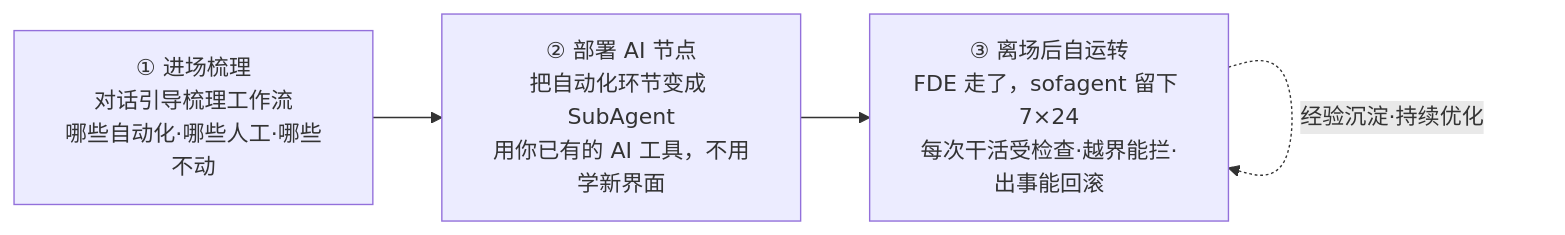
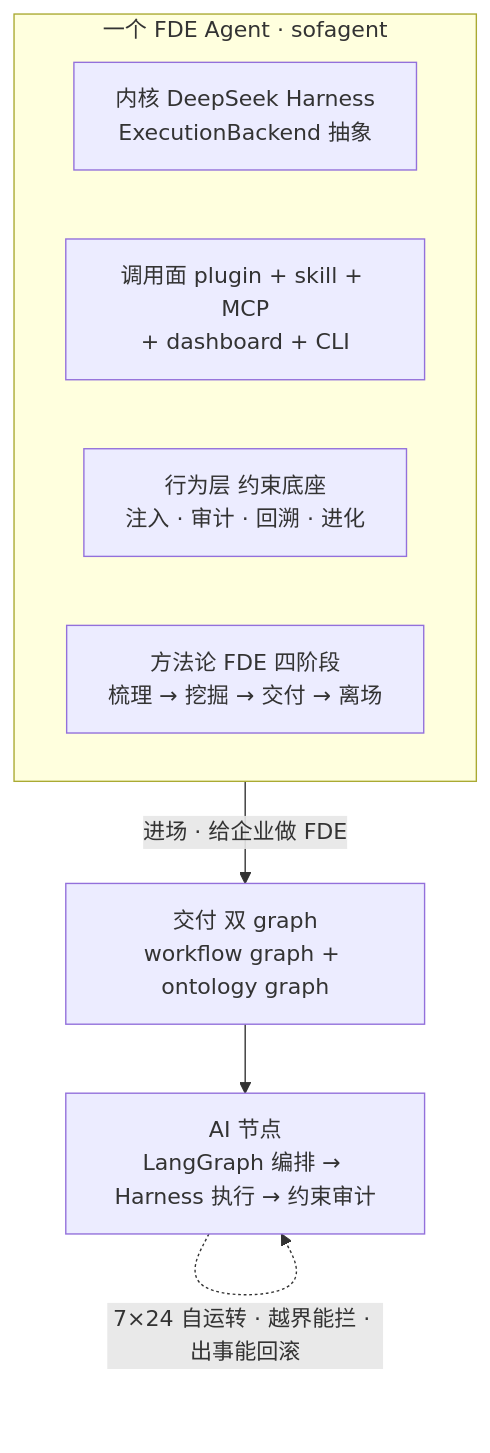
Before and after one commit to KongFangXun/sofagent: the first of 2 diagrams in README.md, drawn with Mermaid. The commit also changed 4 other files, not shown here.

First line of the commit message:
docs: v1.4.0 dashboard 图谱栏排期 + FDE Agent 叙事全文档收口 + README 重构（2026-08-23）

````diff
--- a/README.md
+++ b/README.md
@@ -29,6 +29,12 @@
 ```mermaid
-graph LR
-    A["① 进场梳理<br/>对话引导梳理工作流<br/>哪些自动化·哪些人工·哪些不动"] --> B["② 部署 AI 节点<br/>把自动化环节变成 SubAgent<br/>用你已有的 AI 工具，不用学新界面"]
-    B --> C["③ 离场后自运转<br/>FDE 走了，sofagent 留下 7×24<br/>每次干活受检查·越界能拦·出事能回滚"]
-    C -.->|经验沉淀·持续优化| C
+graph TB
+    subgraph S["一个 FDE Agent · sofagent"]
+        K["内核 DeepSeek Harness<br/>ExecutionBackend 抽象"]
+        I["调用面 plugin + skill + MCP<br/>+ dashboard + CLI"]
+        B["行为层 约束底座<br/>注入 · 审计 · 回溯 · 进化"]
+        M["方法论 FDE 四阶段<br/>梳理 → 挖掘 → 交付 → 离场"]
+    end
+    S -->|"进场 · 给企业做 FDE"| D["交付 双 graph<br/>workflow graph + ontology graph"]
+    D --> N["AI 节点<br/>LangGraph 编排 → Harness 执行 → 约束审计"]
+    N -.->|"7×24 自运转 · 越界能拦 · 出事能回滚"| N
 ```
````
